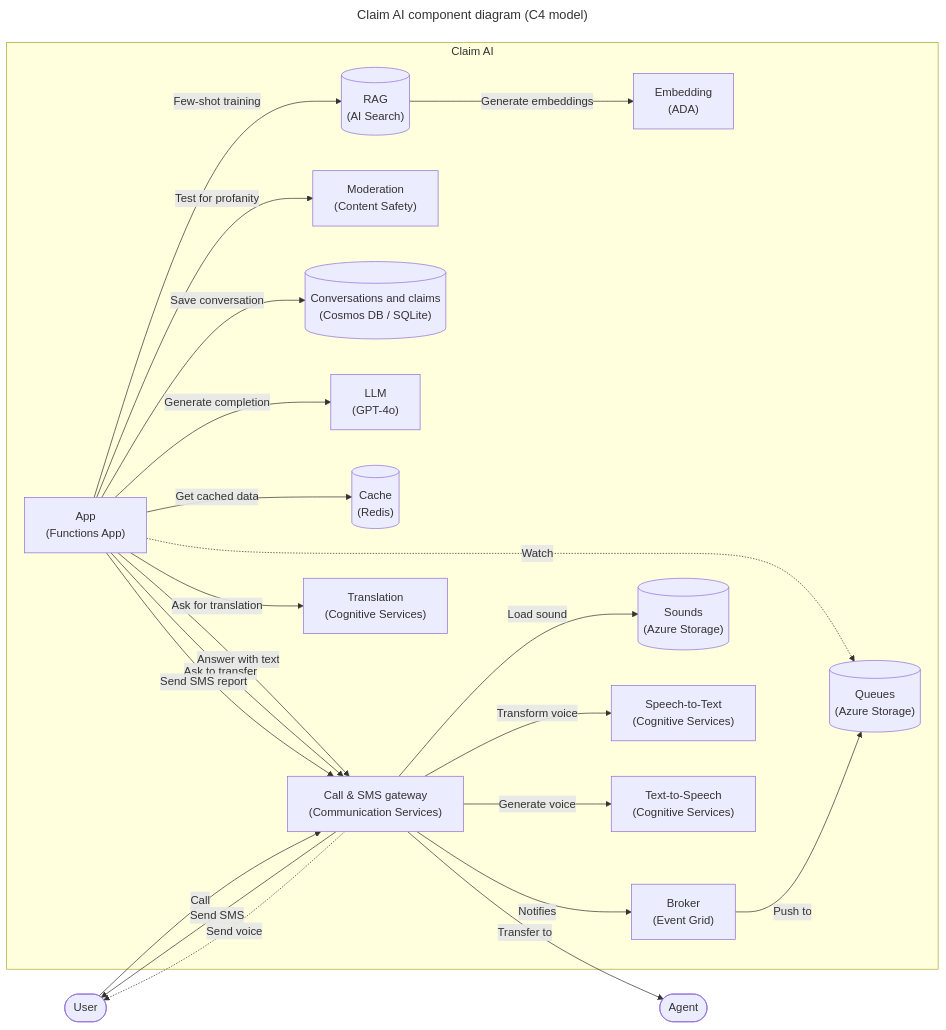
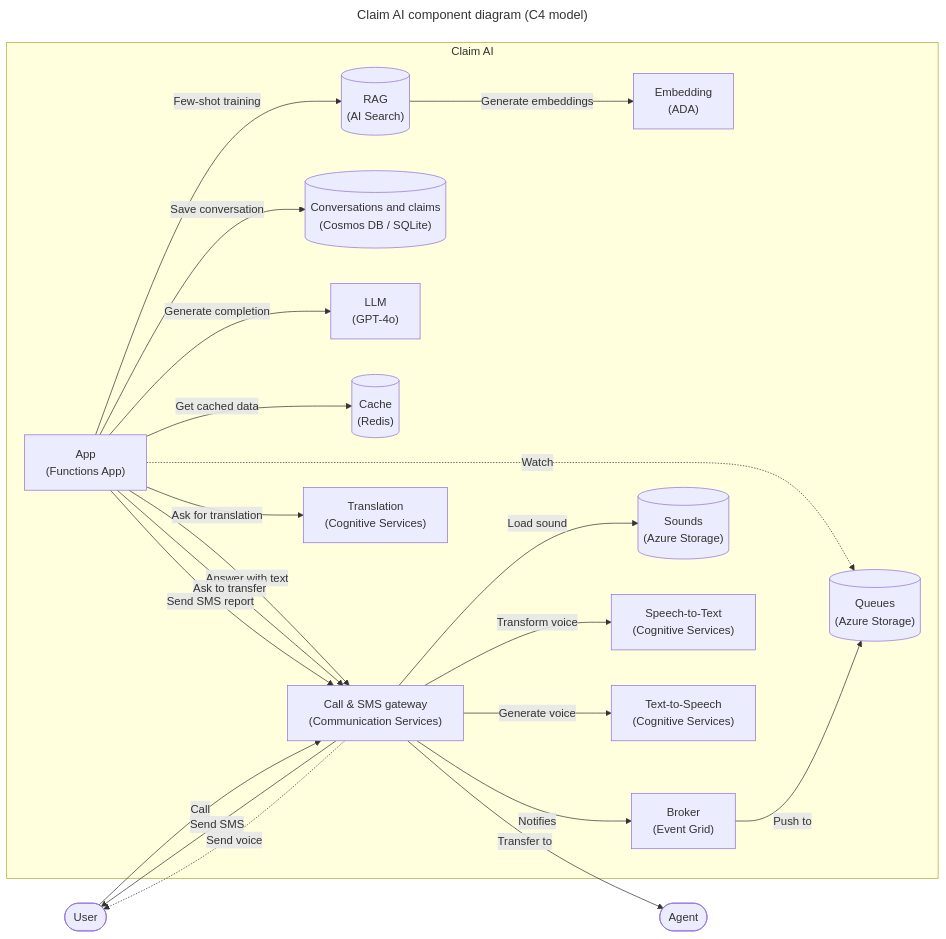
Before and after one commit to microsoft/call-center-ai: the second of 3 diagrams in README.md, drawn with Mermaid. The commit also changed other lines of this file and 8 other files, not shown here.

First line of the commit message:
chore: Remove explicit Content Safety usage

````diff
--- a/README.md
+++ b/README.md
@@ -135,50 +135,48 @@
 ```mermaid
 ---
 title: Claim AI component diagram (C4 model)
 ---
 graph LR
   agent(["Agent"])
   user(["User"])
 
   subgraph "Claim AI"
     ada["Embedding\n(ADA)"]
     app["App\n(Functions App)"]
     communication_services["Call & SMS gateway\n(Communication Services)"]
-    constent_safety["Moderation\n(Content Safety)"]
     db[("Conversations and claims\n(Cosmos DB / SQLite)")]
     eventgrid["Broker\n(Event Grid)"]
     gpt["LLM\n(GPT-4o)"]
     queues[("Queues\n(Azure Storage)")]
     redis[("Cache\n(Redis)")]
     search[("RAG\n(AI Search)")]
     sounds[("Sounds\n(Azure Storage)")]
     sst["Speech-to-Text\n(Cognitive Services)"]
     translation["Translation\n(Cognitive Services)"]
     tts["Text-to-Speech\n(Cognitive Services)"]
   end
 
   app -- Answer with text --> communication_services
   app -- Ask for translation --> translation
   app -- Ask to transfer --> communication_services
   app -- Few-shot training --> search
   app -- Generate completion --> gpt
   app -- Get cached data --> redis
   app -- Save conversation --> db
   app -- Send SMS report --> communication_services
-  app -- Test for profanity --> constent_safety
   app -. Watch .-> queues
 
   communication_services -- Generate voice --> tts
   communication_services -- Load sound --> sounds
   communication_services -- Notifies --> eventgrid
   communication_services -- Send SMS --> user
   communication_services -- Transfer to --> agent
   communication_services -- Transform voice --> sst
   communication_services -. Send voice .-> user
 
   eventgrid -- Push to --> queues
 
   search -- Generate embeddings --> ada
 
   user -- Call --> communication_services
 ```
````
